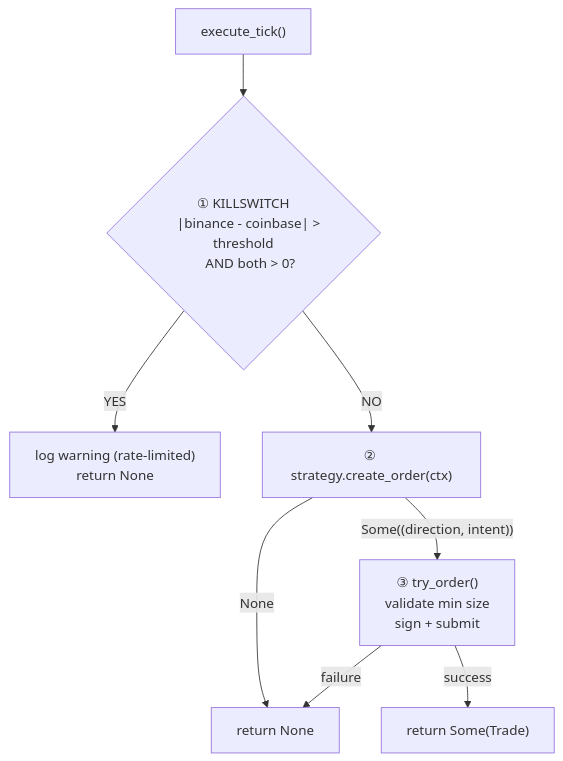
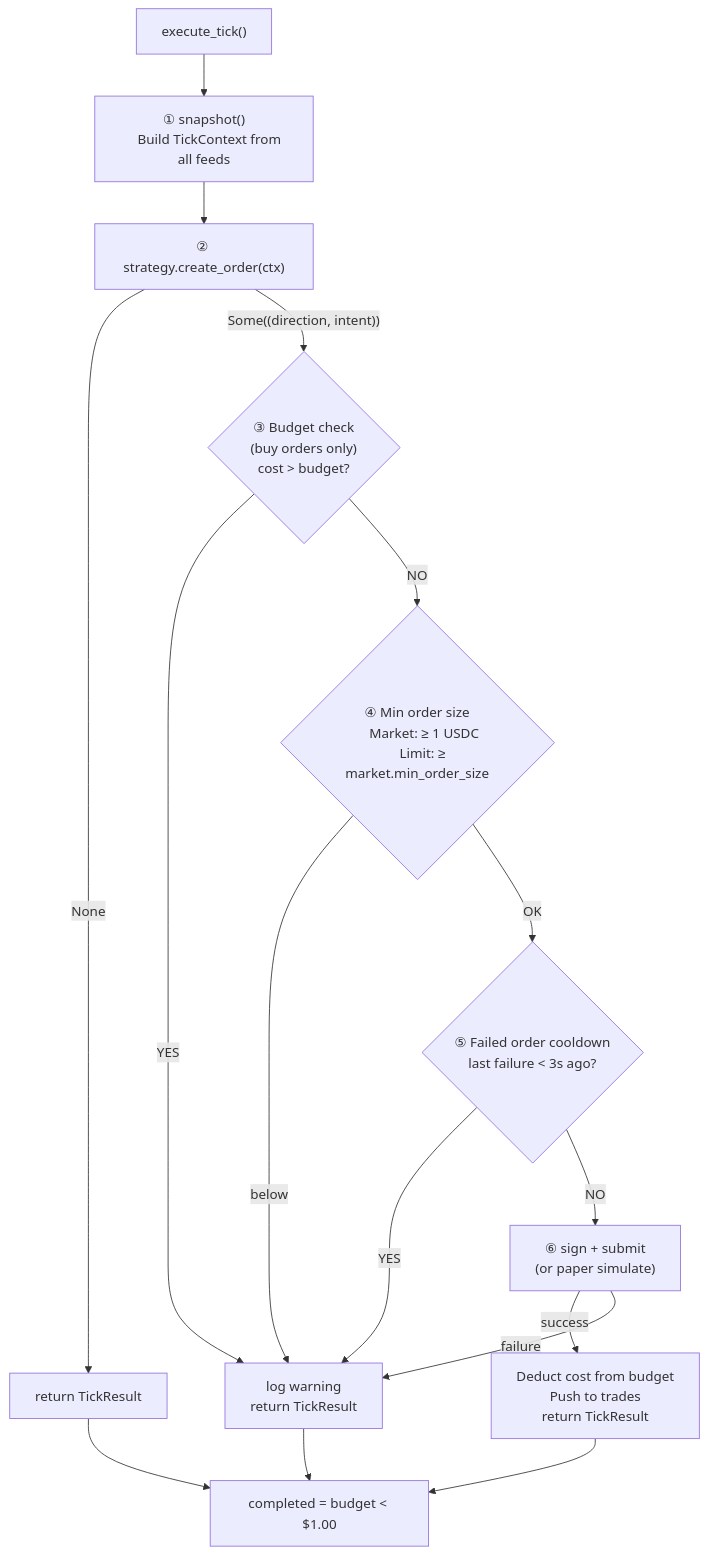
Before and after one commit to bbono/serekes: the third of 3 diagrams in docs/WORKFLOW.md, drawn with Mermaid. The commit also changed other lines of this file and 8 other files, not shown here.

````diff
--- a/docs/WORKFLOW.md
+++ b/docs/WORKFLOW.md
@@ -81,17 +91,33 @@
 ```mermaid
 flowchart TD
-    START["execute_tick()"] --> KS{"① KILLSWITCH
-    |binance - coinbase| > threshold
-    AND both > 0?"}
+    START["execute_tick()"] --> SNAP["① snapshot()
+    Build TickContext from all feeds"]
 
-    KS -->|YES| BLOCK["log warning (rate-limited)
-    return None"]
+    SNAP --> ENTRY["② strategy.create_order(ctx)"]
+    ENTRY -->|None| RESULT["return TickResult"]
+    ENTRY -->|"Some((direction, intent))"| BUDGET{"③ Budget check
+    (buy orders only)
+    cost > budget?"}
 
-    KS -->|NO| ENTRY["② strategy.create_order(ctx)"]
-    ENTRY -->|None| DONE["return None"]
-    ENTRY -->|"Some((direction, intent))"| ORDER["③ try_order()
-    validate min size
-    sign + submit"]
-    ORDER -->|success| TRADE["return Some(Trade)"]
-    ORDER -->|failure| DONE
+    BUDGET -->|YES| SKIP["log warning
+    return TickResult"]
+    BUDGET -->|NO| MINSIZE{"④ Min order size
+    Market: ≥ 1 USDC
+    Limit: ≥ market.min_order_size"}
+
+    MINSIZE -->|below| SKIP
+    MINSIZE -->|OK| COOLDOWN{"⑤ Failed order cooldown
+    last failure < 3s ago?"}
+
+    COOLDOWN -->|YES| SKIP
+    COOLDOWN -->|NO| ORDER["⑥ sign + submit
+    (or paper simulate)"]
+    ORDER -->|success| TRADE["Deduct cost from budget
+    Push to trades
+    return TickResult"]
+    ORDER -->|failure| SKIP
+
+    TRADE --> DONE["completed = budget < $1.00"]
+    SKIP --> DONE
+    RESULT --> DONE
 ```
````
